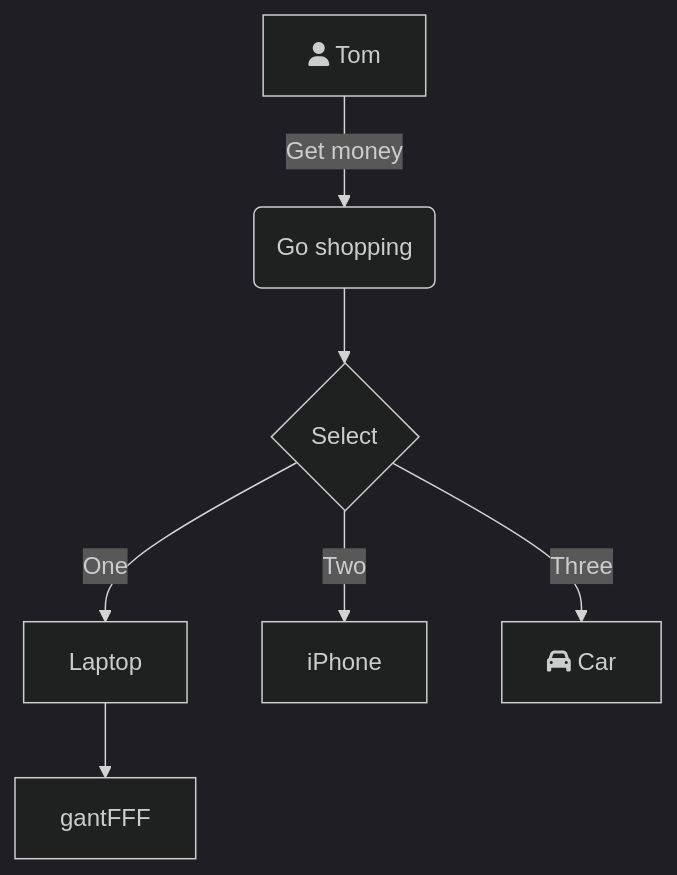
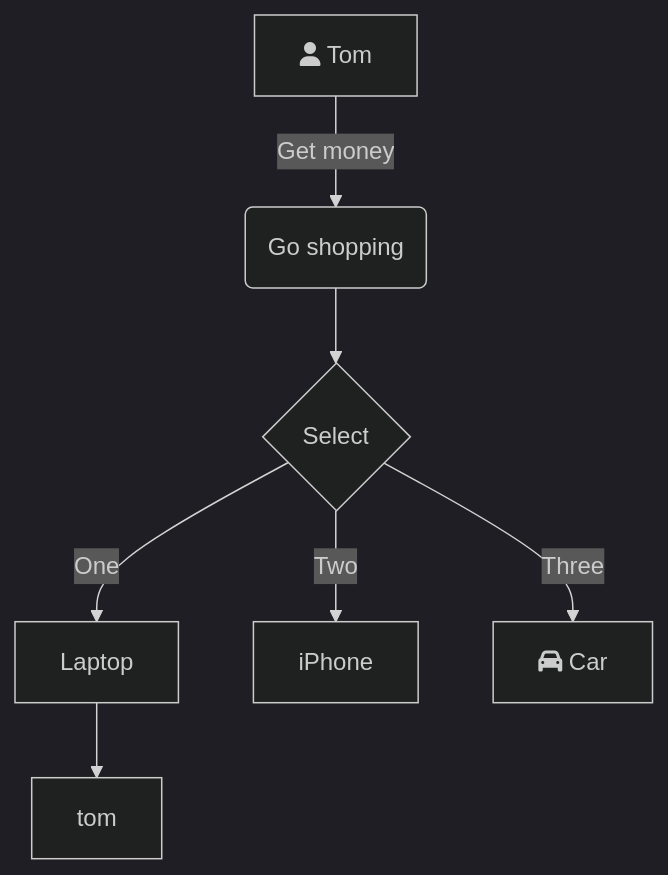
One commit to hanfeng21050/iodraw-files changed the diagram in all/未命名.md. Above: the diagram before and after it, drawn with Mermaid (dark theme).

Commit message:
2024-07-23 11:07:44 update

````diff
--- a/all/未命名.md
+++ b/all/未命名.md
@@ -1,10 +1,10 @@
 ```mermaid
 graph TD
     A[fa:fa-user Tom] -->|Get money| B(Go shopping)
     B --> C{Select}
     C -->|One| D[Laptop]
     C -->|Two| E[iPhone]
     C -->|Three| F[fa:fa-car Car]
-    D --> gantFFF
+    D --> tom
   
 ```
````
